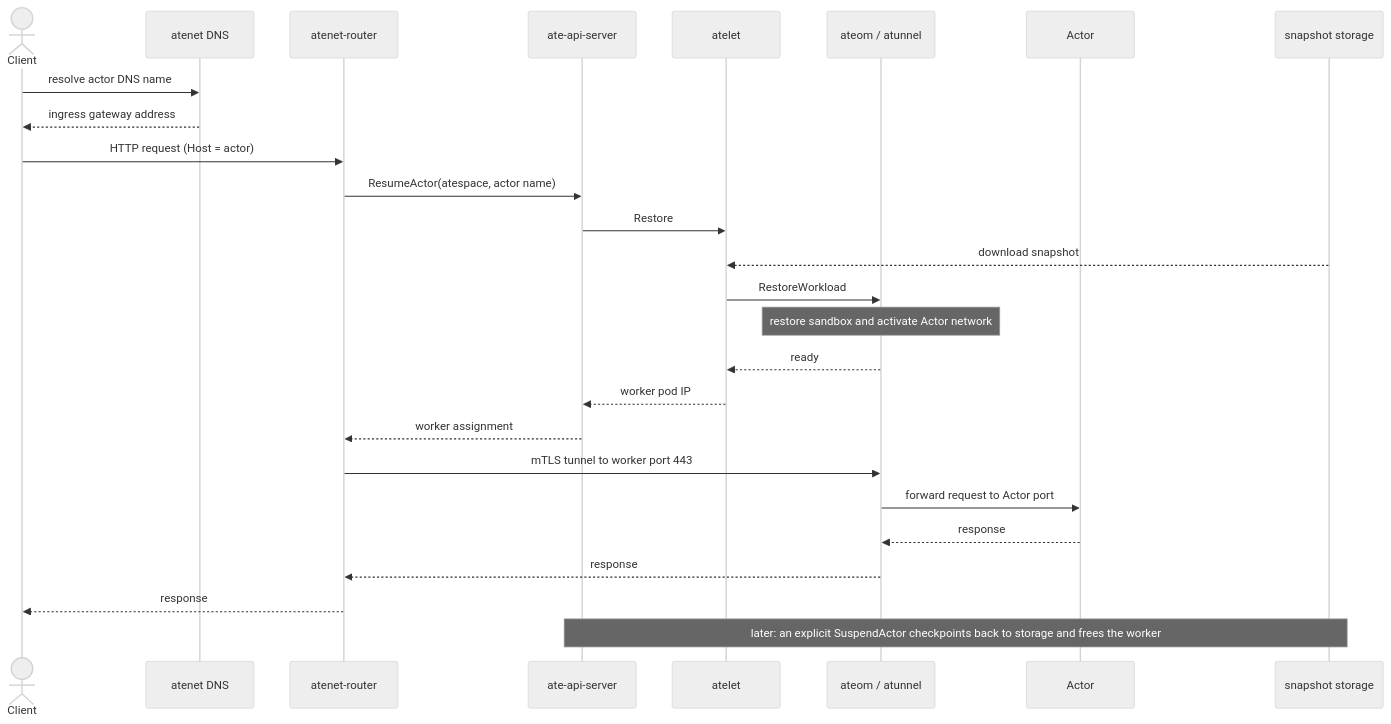
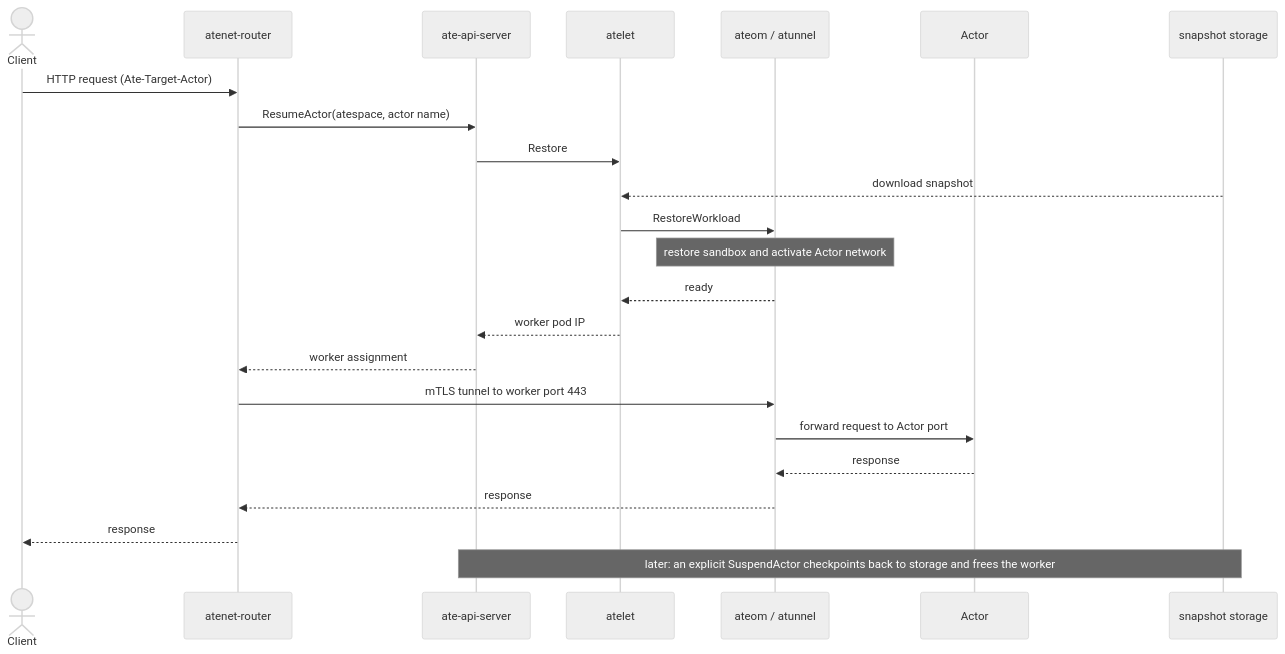
The second of 3 diagrams in docs/architecture.md (agent-substrate/substrate), drawn with Mermaid (neutral theme) before and after one commit. The commit also changed other lines of this file and 77 other files, not shown here.

````diff
--- a/docs/architecture.md
+++ b/docs/architecture.md
@@ -375,29 +375,26 @@
 ```mermaid
 sequenceDiagram
     actor Client
-    participant DNS as atenet DNS
     participant Gateway as atenet-router
     participant API as ate-api-server
     participant Atelet as atelet
     participant Tunnel as ateom / atunnel
     participant A as Actor
     participant Store as snapshot storage
 
-    Client->>DNS: resolve actor DNS name
-    DNS-->>Client: ingress gateway address
-    Client->>Gateway: HTTP request (Host = actor)
+    Client->>Gateway: HTTP request (Ate-Target-Actor)
     Gateway->>API: ResumeActor(atespace, actor name)
     API->>Atelet: Restore
     Store-->>Atelet: download snapshot
     Atelet->>Tunnel: RestoreWorkload
     Note over Tunnel: restore sandbox and activate Actor network
     Tunnel-->>Atelet: ready
     Atelet-->>API: worker pod IP
     API-->>Gateway: worker assignment
     Gateway->>Tunnel: mTLS tunnel to worker port 443
     Tunnel->>A: forward request to Actor port
     A-->>Tunnel: response
     Tunnel-->>Gateway: response
     Gateway-->>Client: response
     Note over API,Store: later: an explicit SuspendActor checkpoints back to storage and frees the worker
 ```
````
